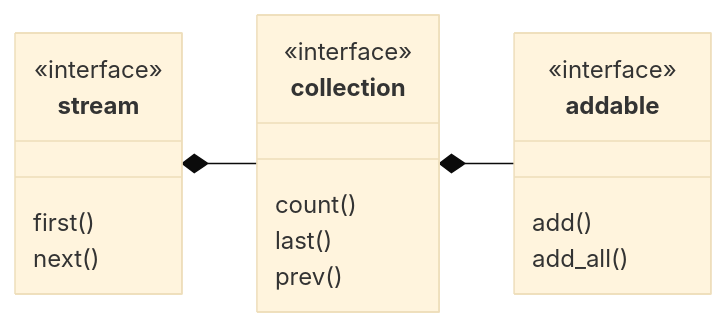
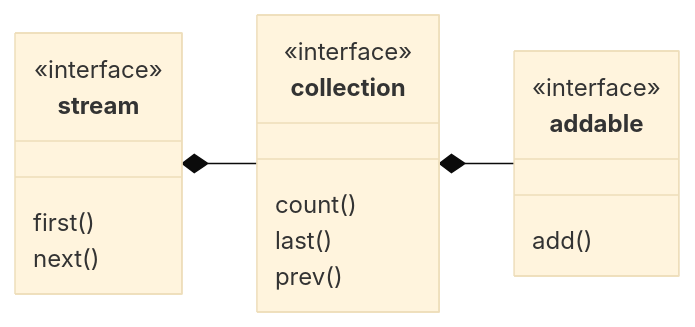
Before and after one commit to pretore/aquarium-butterflyfish: the diagram in doc/addable.md, drawn with Mermaid (base theme). The commit also changed other lines of this file and 387 other files, not shown here.

````diff
--- a/doc/addable.md
+++ b/doc/addable.md
@@ -3,22 +3,21 @@
 ```mermaid
 classDiagram
     direction LR
     class stream {
         first()
         next()
     }
     <<interface>> stream
     class collection {
         count()
         last()
         prev()
     }
     <<interface>> collection
     stream *-- collection
     class addable {
         add()
-        add_all()
     }
     <<interface>> addable
     collection *-- addable
 ```
````
